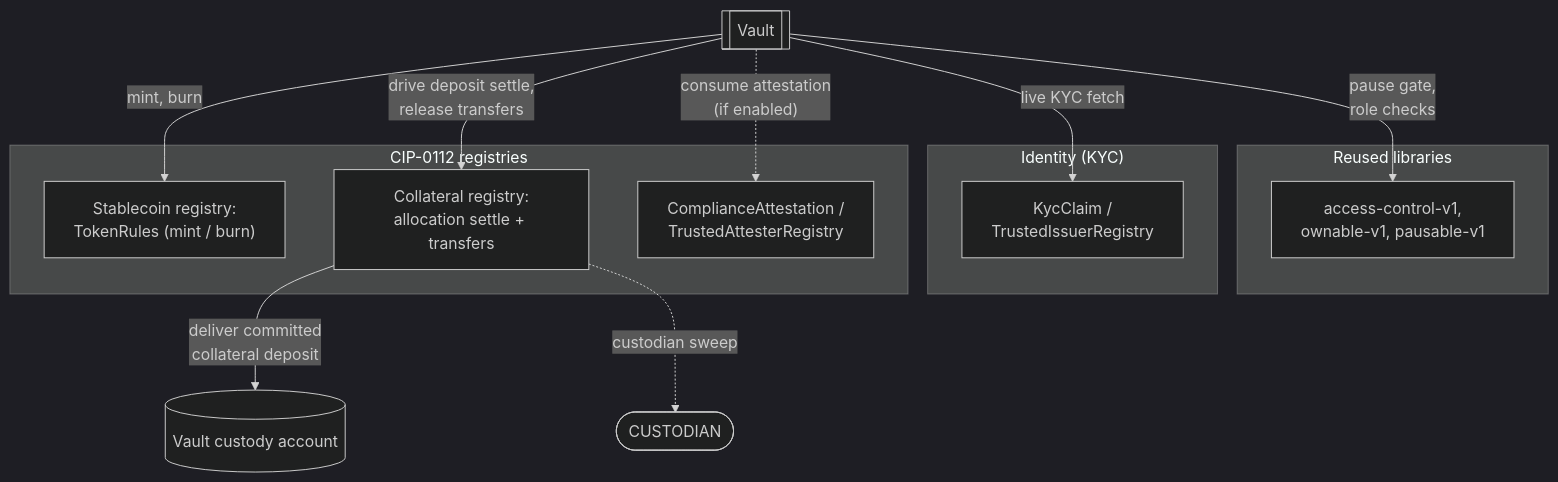
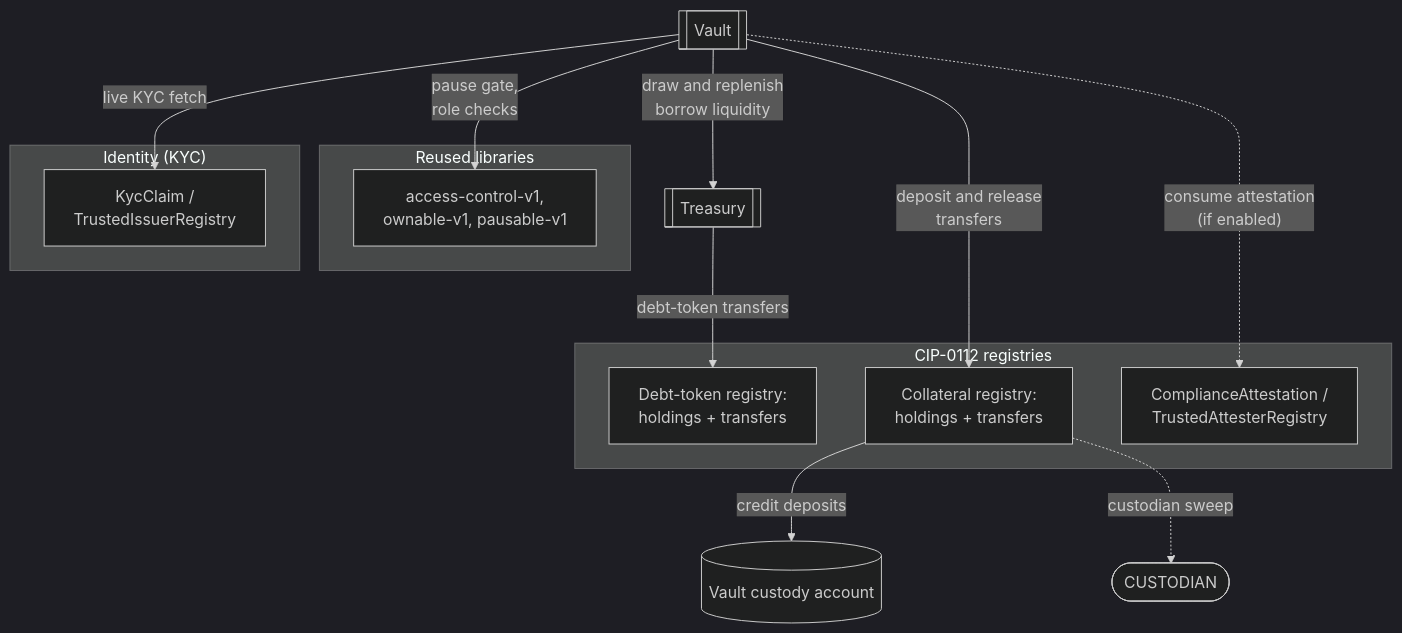
The second of 7 diagrams in docs/reference-architectures/lending.md (OpenZeppelin/canton-specs), drawn with Mermaid (dark theme) before and after one commit. The commit also changed other lines of this file, not shown here.

Commit message:
Changed the design such that the vault works with any TSV2 asset as debt token.

````diff
--- a/docs/reference-architectures/lending.md
+++ b/docs/reference-architectures/lending.md
@@ -157,28 +161,30 @@
 ```mermaid
 flowchart TB
     Vault[["Vault"]]
+    Treasury[["Treasury"]]
     Custody[("Vault custody account")]
     Custodian([CUSTODIAN])
 
     subgraph Libraries["Reused libraries"]
         Gov["access-control-v1,<br/>ownable-v1, pausable-v1"]
     end
 
     subgraph Identity["Identity (KYC)"]
         Kyc["KycClaim /<br/>TrustedIssuerRegistry"]
     end
 
     subgraph Rail["CIP-0112 registries"]
-        Rules["Stablecoin registry:<br/>TokenRules (mint / burn)"]
-        Coll["Collateral registry:<br/>allocation settle + transfers"]
+        Debt["Debt-token registry:<br/>holdings + transfers"]
+        Coll["Collateral registry:<br/>holdings + transfers"]
         Att["ComplianceAttestation /<br/>TrustedAttesterRegistry"]
     end
 
     Vault -->|"pause gate,<br/>role checks"| Gov
     Vault -->|"live KYC fetch"| Kyc
-    Vault -->|"mint, burn"| Rules
+    Vault -->|"draw and replenish<br/>borrow liquidity"| Treasury
+    Treasury -->|"debt-token transfers"| Debt
     Vault -.->|"consume attestation<br/>(if enabled)"| Att
-    Vault -->|"drive deposit settle,<br/>release transfers"| Coll
-    Coll -->|"deliver committed<br/>collateral deposit"| Custody
+    Vault -->|"deposit and release<br/>transfers"| Coll
+    Coll -->|"credit deposits"| Custody
     Coll -.->|"custodian sweep"| Custodian
 ```
````
